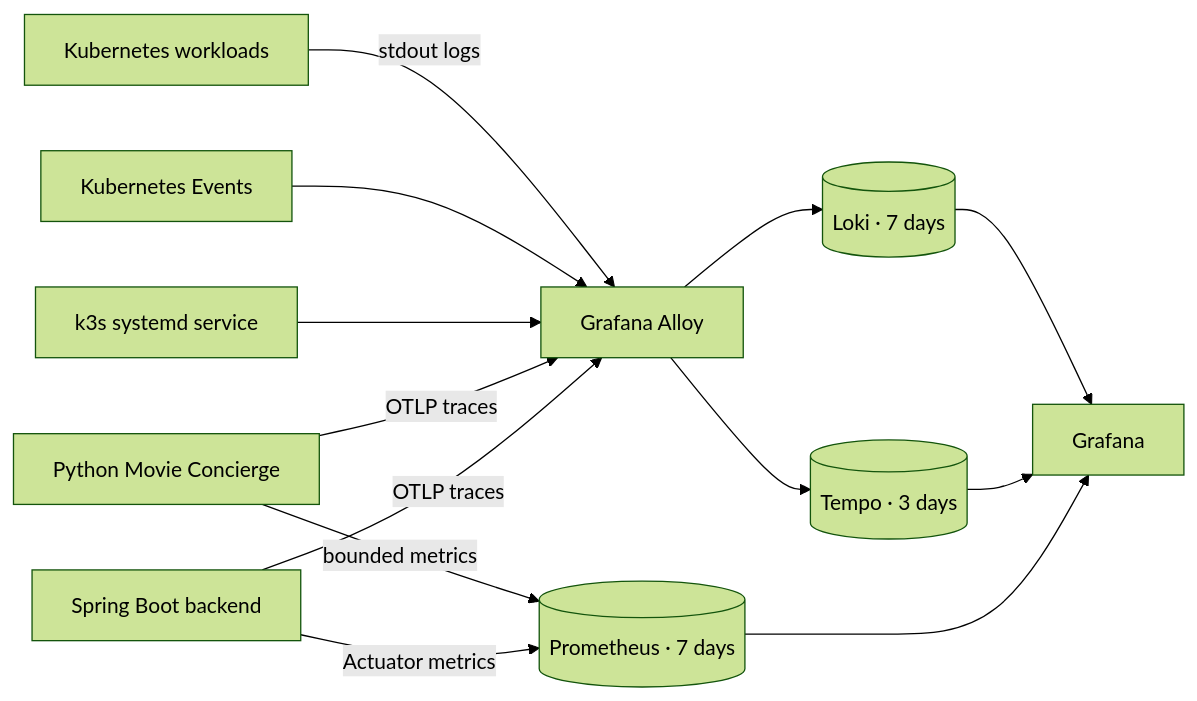
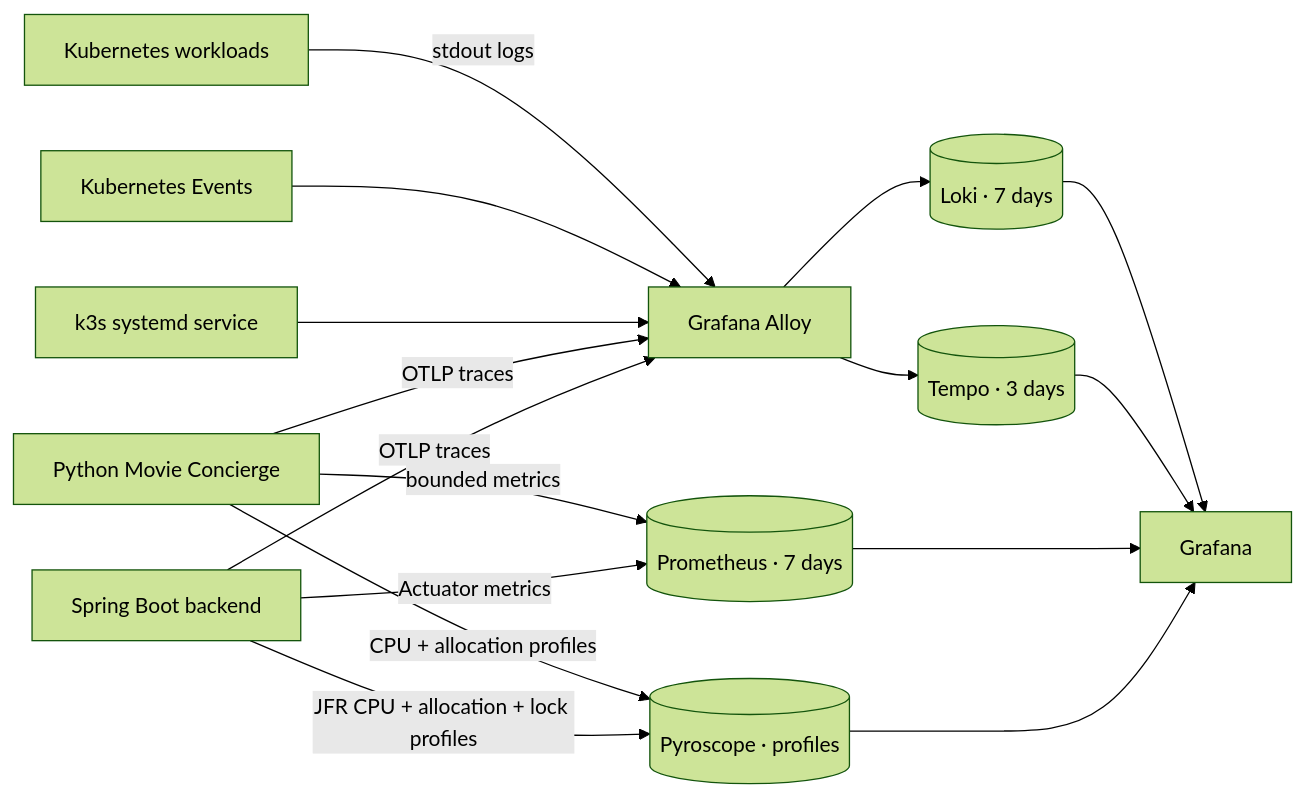
One commit to NiklasTiede/imdb-clone changed the diagram in infrastructure/monitoring/README.md. Above: the diagram before and after it, drawn with Mermaid (forest theme). The commit also changed other lines of this file and 31 other files, not shown here.

````diff
--- a/infrastructure/monitoring/README.md
+++ b/infrastructure/monitoring/README.md
@@ -6,15 +6,18 @@
 ```mermaid
 flowchart LR
   pods["Kubernetes workloads"] -- "stdout logs" --> alloy["Grafana Alloy"]
   events["Kubernetes Events"] --> alloy
   k3s["k3s systemd service"] --> alloy
   python["Python Movie Concierge"] -- "OTLP traces" --> alloy
   java["Spring Boot backend"] -- "OTLP traces" --> alloy
+  python -- "CPU + allocation profiles" --> pyroscope[("Pyroscope · profiles")]
+  java -- "JFR CPU + allocation + lock profiles" --> pyroscope
   alloy --> loki[("Loki · 7 days")]
   alloy --> tempo[("Tempo · 3 days")]
   python -- "bounded metrics" --> prometheus[("Prometheus · 7 days")]
   java -- "Actuator metrics" --> prometheus
   loki --> grafana["Grafana"]
   tempo --> grafana
   prometheus --> grafana
+  pyroscope --> grafana
 ```
````
